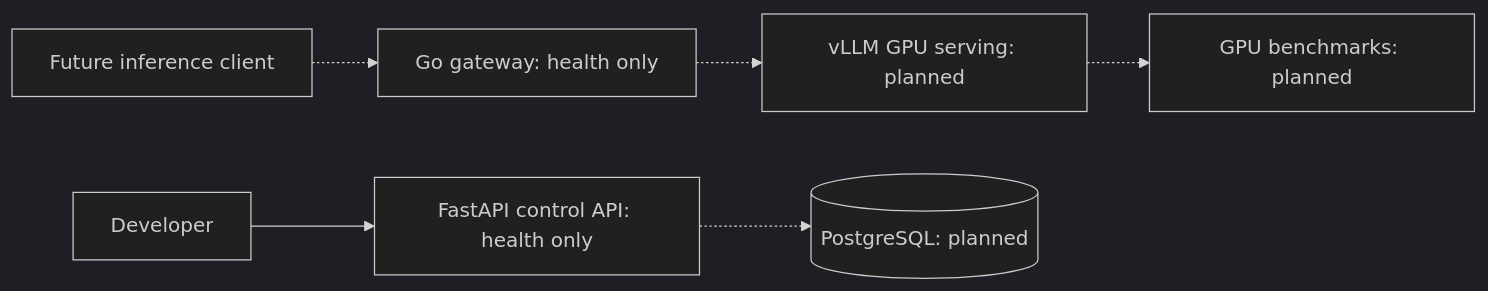
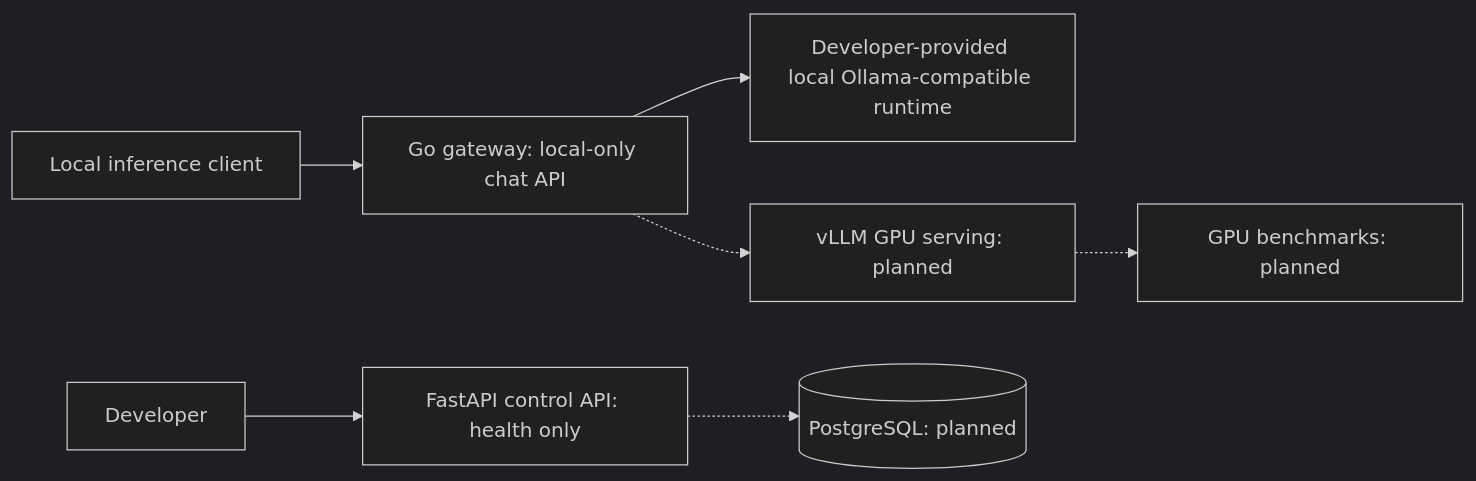
Before and after one commit to naim-munshi/metriqen-llm-serving-optimization: the diagram in README.md, drawn with Mermaid (dark theme). The commit also changed other lines of this file and 13 other files, not shown here.

Commit message:
feat(serving): add local-only streaming inference gateway

````diff
--- a/README.md
+++ b/README.md
@@ -46,8 +47,9 @@
 ```mermaid
 flowchart LR
     Dev[Developer] --> API[FastAPI control API: health only]
-    Client[Future inference client] -.-> Gateway[Go gateway: health only]
+    Client[Local inference client] --> Gateway[Go gateway: local-only chat API]
+    Gateway --> Local[Developer-provided local Ollama-compatible runtime]
     Gateway -.-> LLM[vLLM GPU serving: planned]
     API -.-> DB[(PostgreSQL: planned)]
     LLM -.-> Eval[GPU benchmarks: planned]
 ```
````
